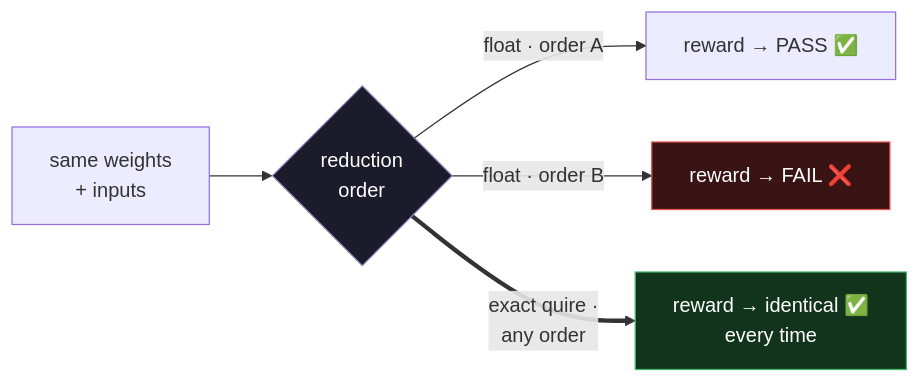
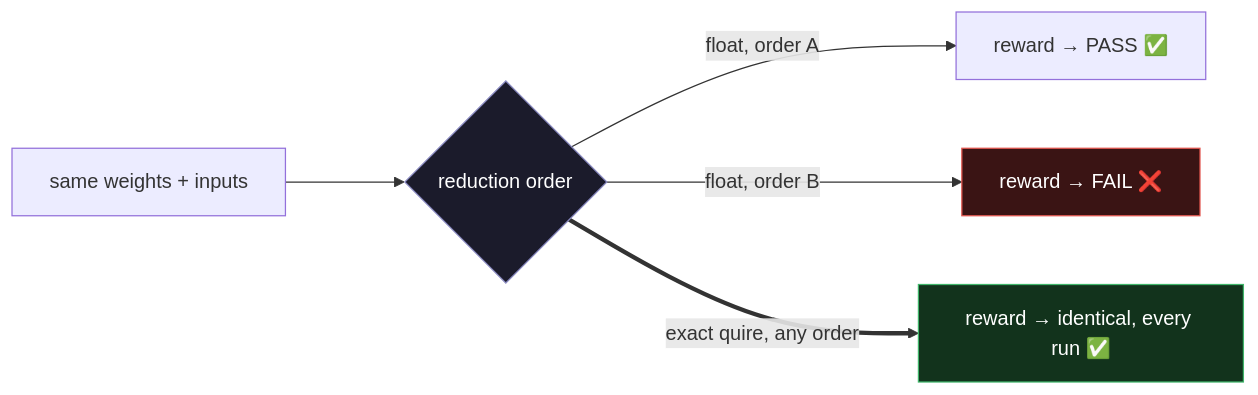
One commit to anomly-labs/rl-reproducibility changed the diagram in README.md. Above: the diagram before and after it, drawn with Mermaid. The commit also changed other lines of this file, not shown here.

Commit message:
README: align ASCII box (computed 70=70 width) + space out mermaid so arrows clear the green node
- The hero box right border was 1 char off (5 chars inner padding vs 70-char
  border); rebuilt with symmetric 2-space padding == border width.
- Mermaid: single-line labels + rankSpacing 95 / nodeSpacing 55 so the arrowheads
  no longer overlap the exact-quire (green) node.

````diff
--- a/README.md
+++ b/README.md
@@ -29,10 +29,11 @@
 ```mermaid
+%%{init: {'flowchart': {'rankSpacing': 95, 'nodeSpacing': 55, 'curve': 'basis'}}}%%
 flowchart LR
-    X["same weights<br/>+ inputs"] --> O{"reduction<br/>order"}
-    O -->|"float · order A"| A["reward → PASS ✅"]
-    O -->|"float · order B"| B["reward → FAIL ❌"]
-    O ==>|"exact quire ·<br/>any order"| C["reward → identical ✅<br/>every time"]
+    X["same weights + inputs"] --> O{"reduction order"}
+    O -->|"float, order A"| A["reward → PASS ✅"]
+    O -->|"float, order B"| B["reward → FAIL ❌"]
+    O ==>|"exact quire, any order"| C["reward → identical, every run ✅"]
     style B fill:#3a1414,stroke:#e2554e,color:#ffffff
     style C fill:#12331c,stroke:#3fb56a,color:#ffffff
     style O fill:#1b1b2b,stroke:#8a8ac0,color:#ffffff
 ```
````
